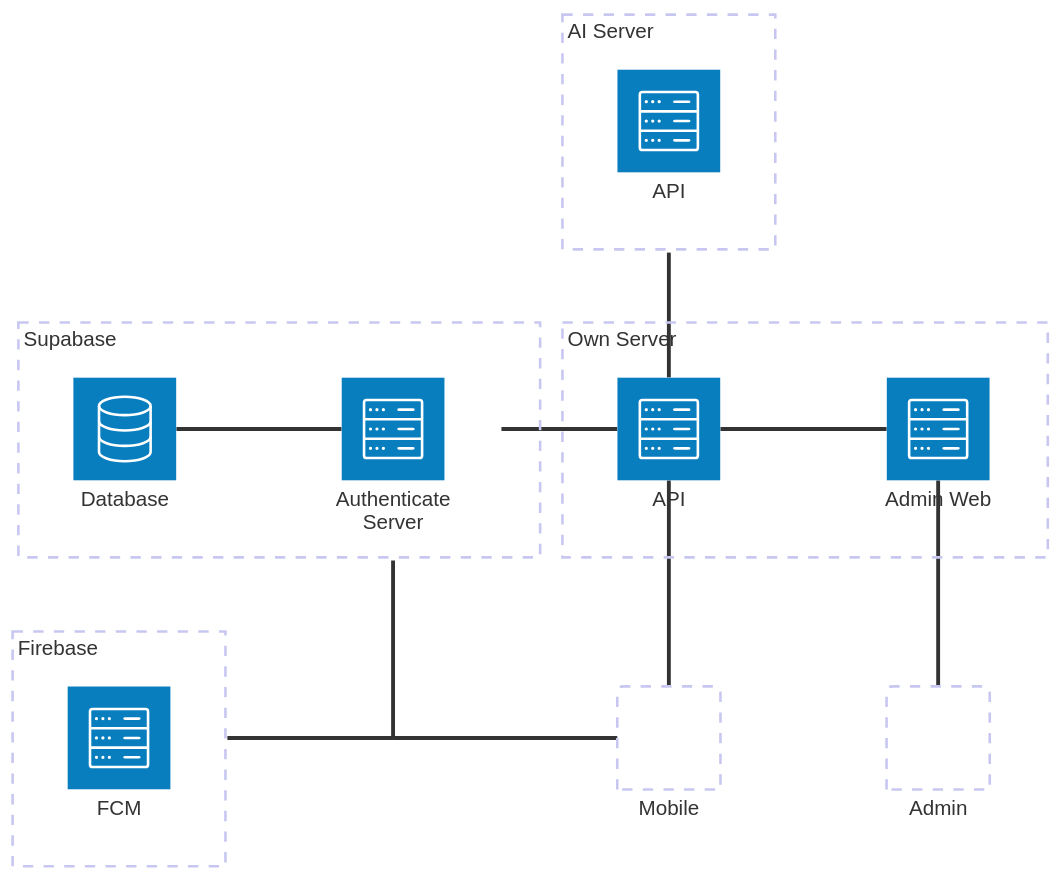
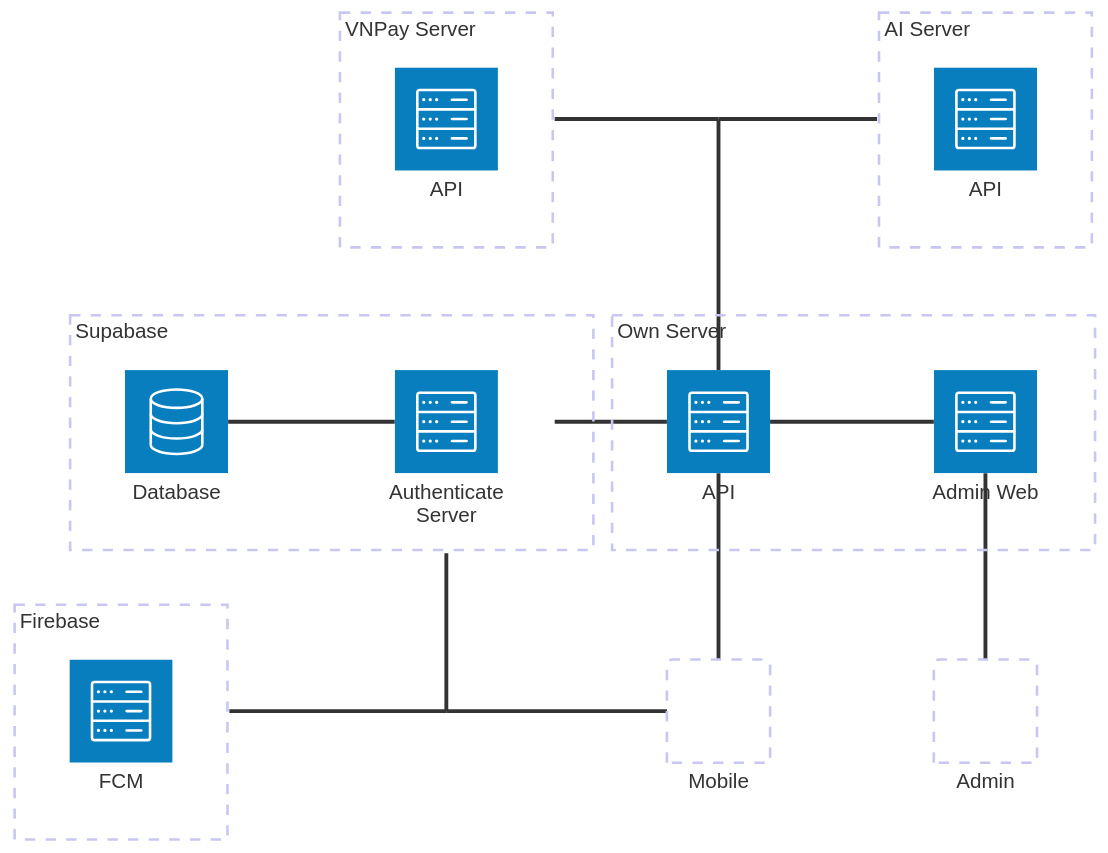
The diagram in docs/architecture/overall.md (coinhub-uit/coinhub-uit.github.io), drawn with Mermaid before and after one commit.

Commit message:
feat: add vnpay server in architect

````diff
--- a/docs/architecture/overall.md
+++ b/docs/architecture/overall.md
@@ -9,36 +9,43 @@
 ```mermaid
 architecture-beta
   group supabase[Supabase]
   service authentication_server(server)[Authenticate Server] in supabase
   service database(database)[Database] in supabase
 
   group own_server[Own Server]
   service api_server(server)[API] in own_server
   service admin_web_server(server)[Admin Web] in own_server
 
   group firebase[Firebase]
   service fcm(server)[FCM] in firebase
 
   group ai_server[AI Server]
   service api_ai(server)[API] in ai_server
 
+  group vnpay_server[VNPay Server]
+  service vnpay_api(server)[API] in vnpay_server
+
   junction junction_bot_left
+
+  junction api_server_and_ai_vnpay
 
   service mobile[Mobile]
   service admin[Admin]
 
   api_server:L -- R:authentication_server{group}
   authentication_server:L -- R:database
 
   admin_web_server:L -- R:api_server
 
   fcm{group}:R -- L:junction_bot_left
 
-  api_ai{group}:B -- T:api_server
+  api_server:T -- B:api_server_and_ai_vnpay
+  api_ai{group}:L -- R:api_server_and_ai_vnpay
+  vnpay_api{group}:R -- L:api_server_and_ai_vnpay
 
   admin:T -- B:admin_web_server
 
   mobile:T -- B:api_server
   mobile:L -- R:junction_bot_left
   junction_bot_left:T -- B:authentication_server{group}
 ```
````
